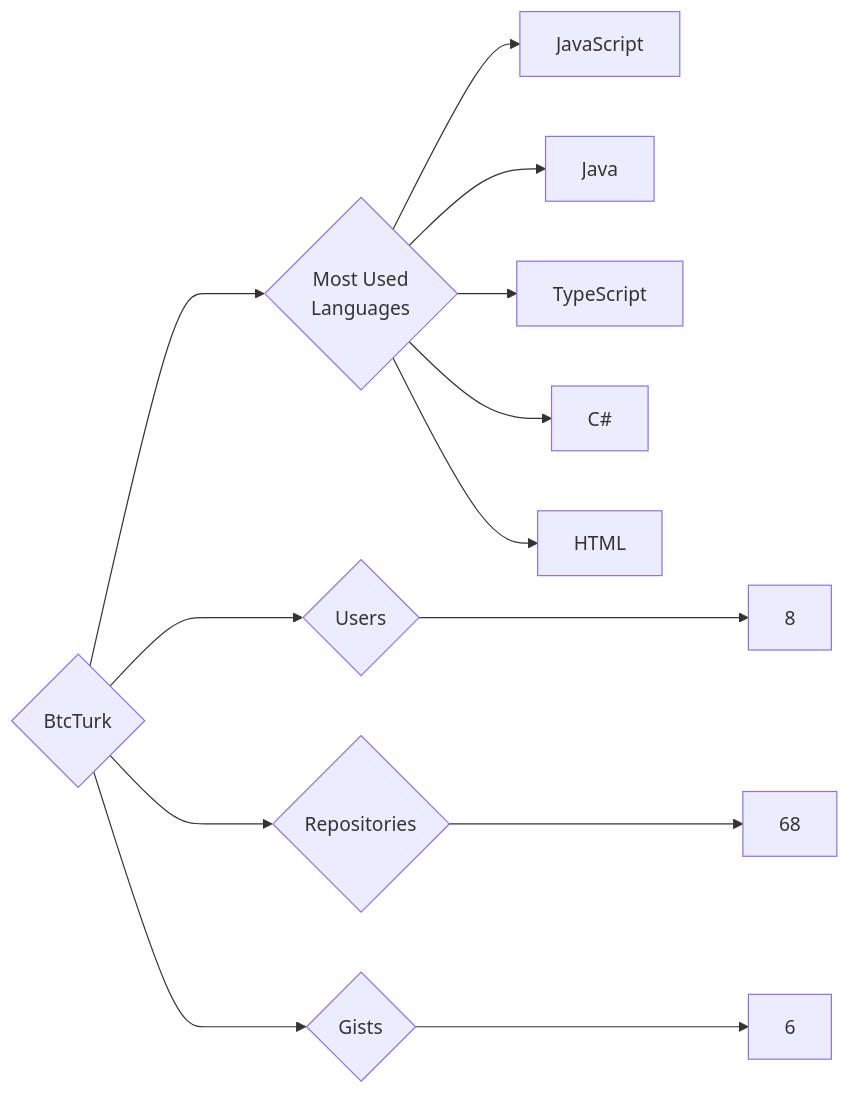
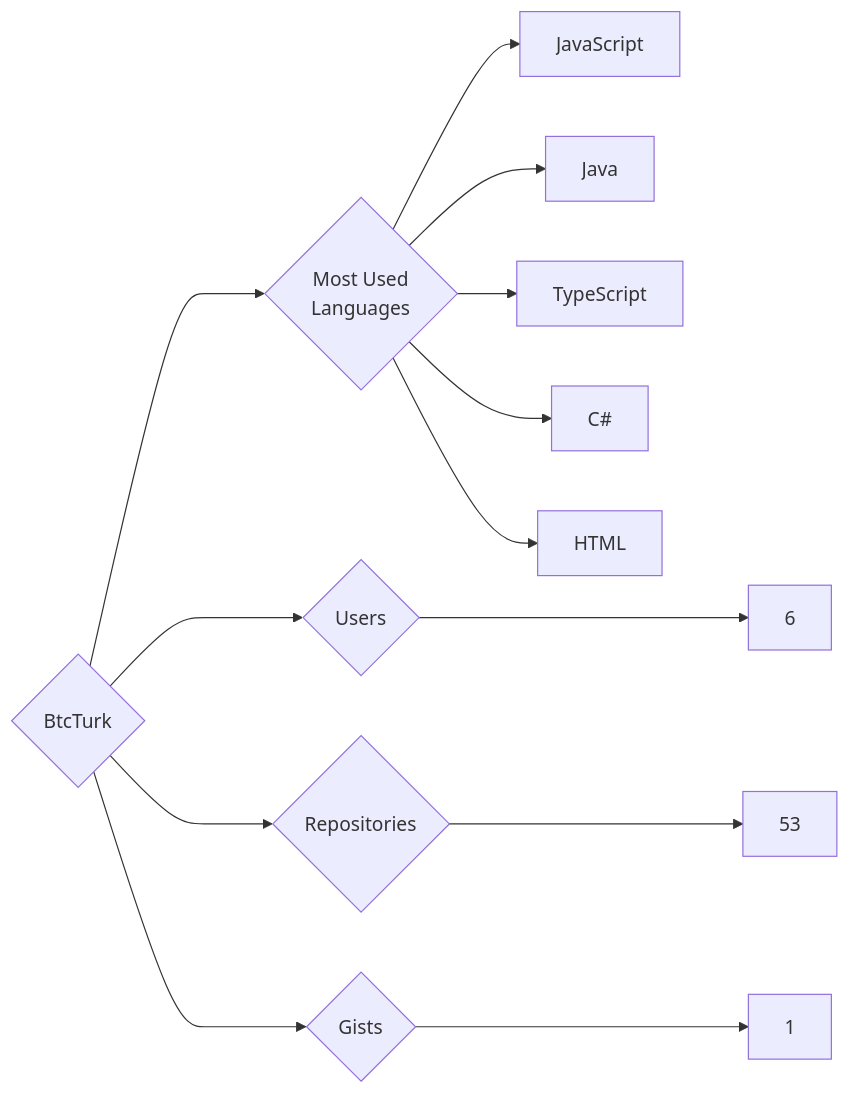
The diagram in targets/BtcTurk/README.md (trickest/insiders), drawn with Mermaid before and after one commit. The commit also changed 1055 other files, not shown here.

````diff
--- a/targets/BtcTurk/README.md
+++ b/targets/BtcTurk/README.md
@@ -3,13 +3,13 @@
 ```mermaid
 graph LR
 COMPANY_NAME{BtcTurk}
-COMPANY_NAME ---> U{Users} ---> UN[8]
-COMPANY_NAME ---> R{Repositories} ---> RN[68]
-COMPANY_NAME ---> G{Gists} ---> GN[6]
+COMPANY_NAME ---> U{Users} ---> UN[6]
+COMPANY_NAME ---> R{Repositories} ---> RN[53]
+COMPANY_NAME ---> G{Gists} ---> GN[1]
 COMPANY_NAME ---> ML{Most Used<br>Languages}
 ML --> JavaScript[JavaScript]
 ML --> Java[Java]
 ML --> TypeScript[TypeScript]
 ML --> C#[C#]
 ML --> HTML[HTML]
 ```
````
